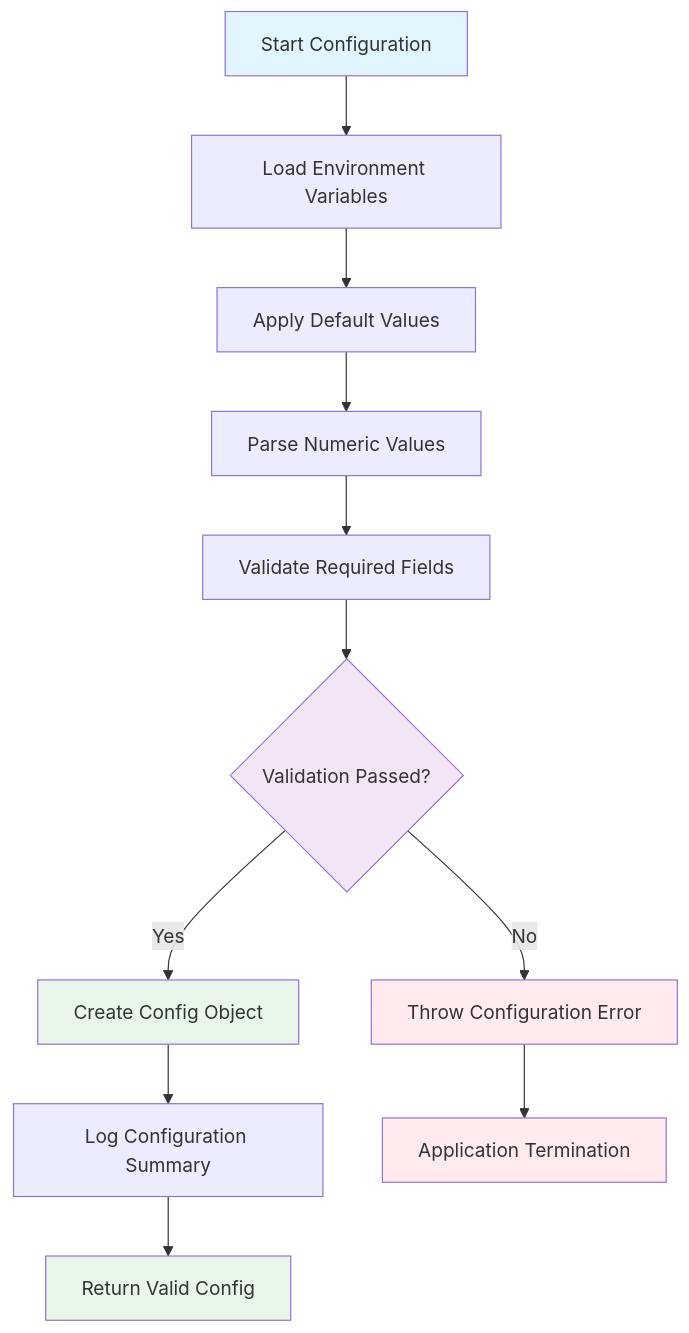
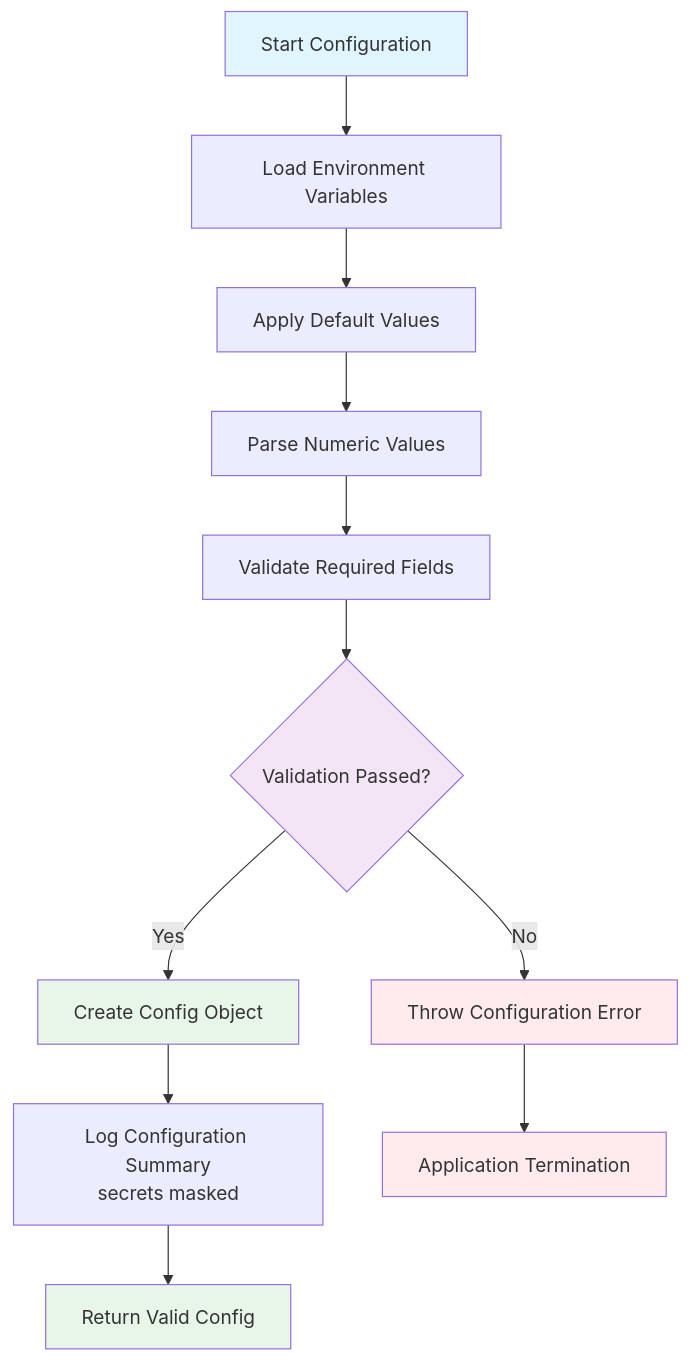
Before and after one commit to substance0/claudepulse: the seventh of 8 diagrams in docs/workflow-diagrams.md, drawn with Mermaid. The commit also changed other lines of this file and 5 other files, not shown here.

````diff
--- a/docs/workflow-diagrams.md
+++ b/docs/workflow-diagrams.md
@@ -538,21 +206,20 @@
 ```mermaid
 graph TD
     A[Start Configuration] --> B[Load Environment Variables]
     B --> C[Apply Default Values]
     C --> D[Parse Numeric Values]
     D --> E[Validate Required Fields]
     E --> F{Validation Passed?}
     F -->|No| G[Throw Configuration Error]
     F -->|Yes| H[Create Config Object]
-    H --> I[Log Configuration Summary]
+    H --> I[Log Configuration Summary<br/>secrets masked]
     I --> J[Return Valid Config]
     G --> K[Application Termination]
 
-    %% Consistent styling
     style A fill:#e1f5fe
     style F fill:#f3e5f5
     style G fill:#ffebee
     style H fill:#e8f5e9
     style J fill:#e8f5e9
     style K fill:#ffebee
 ```
````
